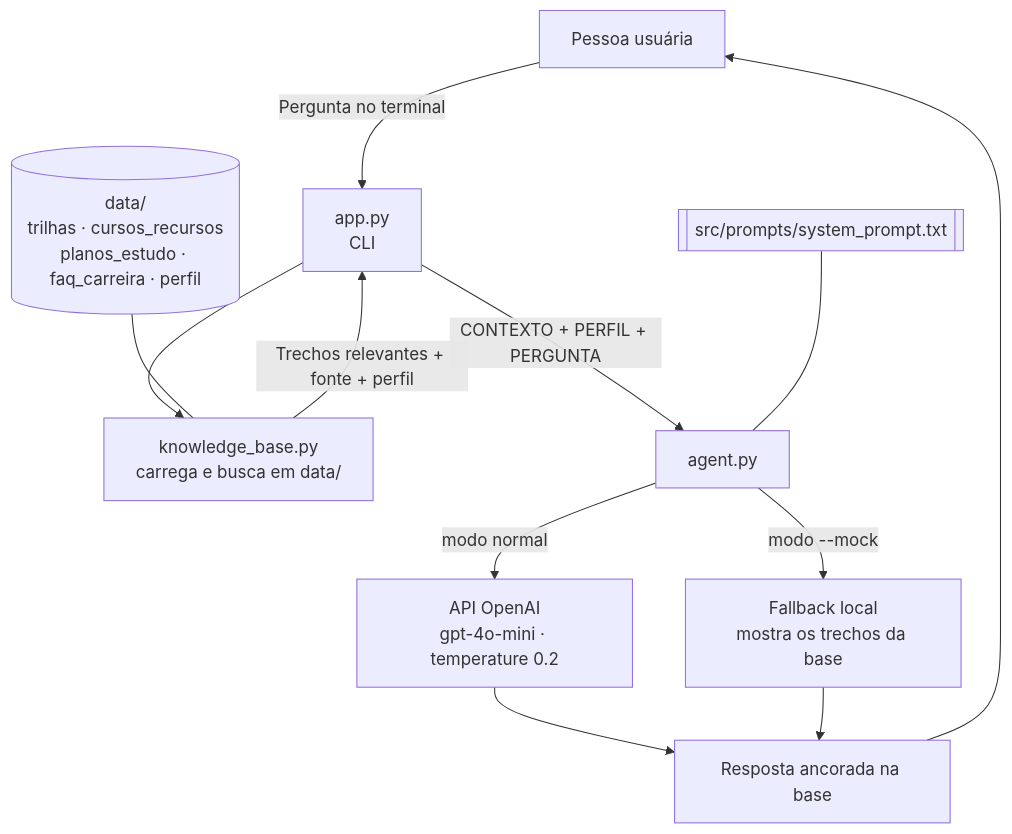
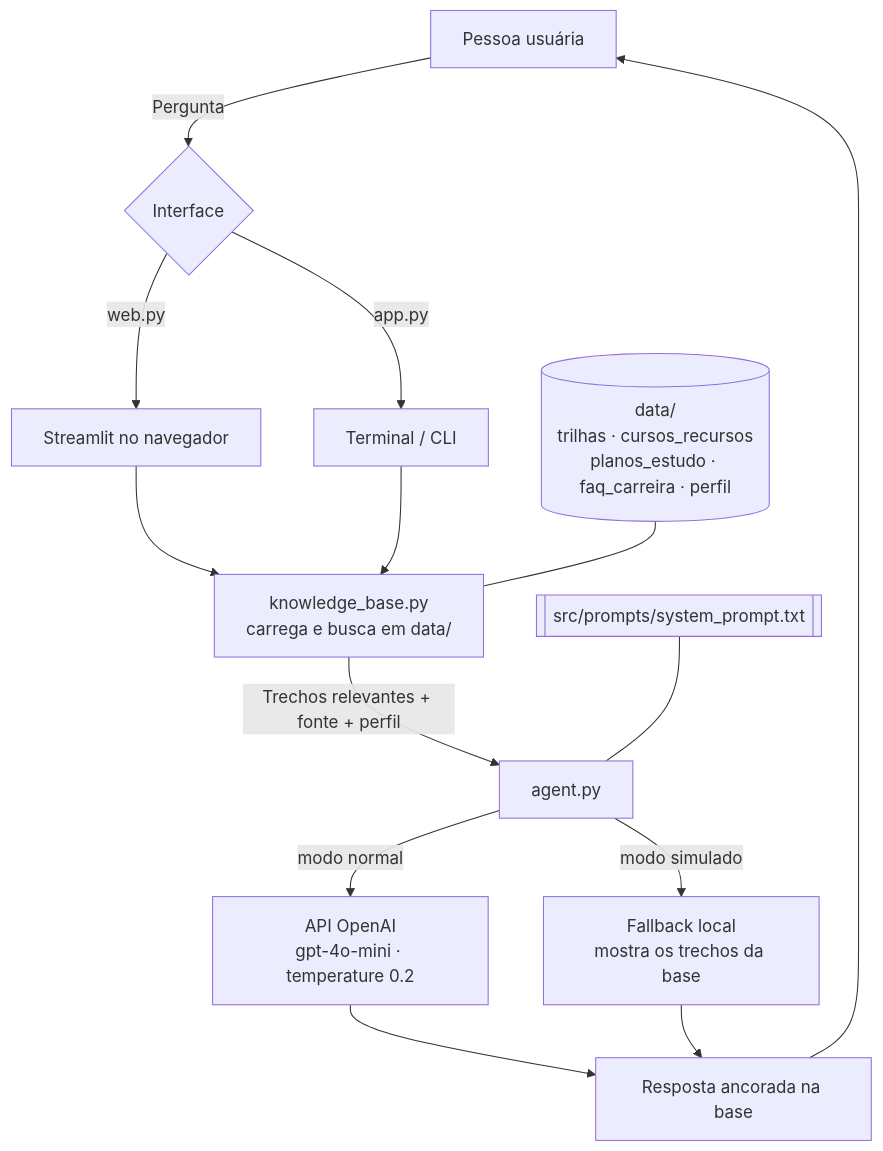
One commit to rodrigo-americo/dio-lab-bia-do-futuro changed the diagram in assets/arquitetura.md. Above: the diagram before and after it, drawn with Mermaid. The commit also changed other lines of this file and 9 other files, not shown here.

First line of the commit message:
Passo 4: adiciona interface web (Streamlit) ao lado da CLI

````diff
--- a/assets/arquitetura.md
+++ b/assets/arquitetura.md
@@ -5,15 +5,17 @@
 ```mermaid
 flowchart TD
-    A[Pessoa usuária] -->|Pergunta no terminal| B[app.py<br/>CLI]
-    B --> G[knowledge_base.py<br/>carrega e busca em data/]
-    G -->|Trechos relevantes + fonte + perfil| B
-    B -->|CONTEXTO + PERFIL + PERGUNTA| C[agent.py]
+    A[Pessoa usuária] -->|Pergunta| B{Interface}
+    B -->|web.py| W[Streamlit no navegador]
+    B -->|app.py| T[Terminal / CLI]
+    W --> G[knowledge_base.py<br/>carrega e busca em data/]
+    T --> G
+    G -->|Trechos relevantes + fonte + perfil| C[agent.py]
     C -->|modo normal| D[API OpenAI<br/>gpt-4o-mini · temperature 0.2]
-    C -->|modo --mock| E[Fallback local<br/>mostra os trechos da base]
+    C -->|modo simulado| E[Fallback local<br/>mostra os trechos da base]
     D --> F[Resposta ancorada na base]
     E --> F
     F --> A
 
     H[(data/<br/>trilhas · cursos_recursos<br/>planos_estudo · faq_carreira · perfil)] --- G
     I[[src/prompts/system_prompt.txt]] --- C
 ```
````
